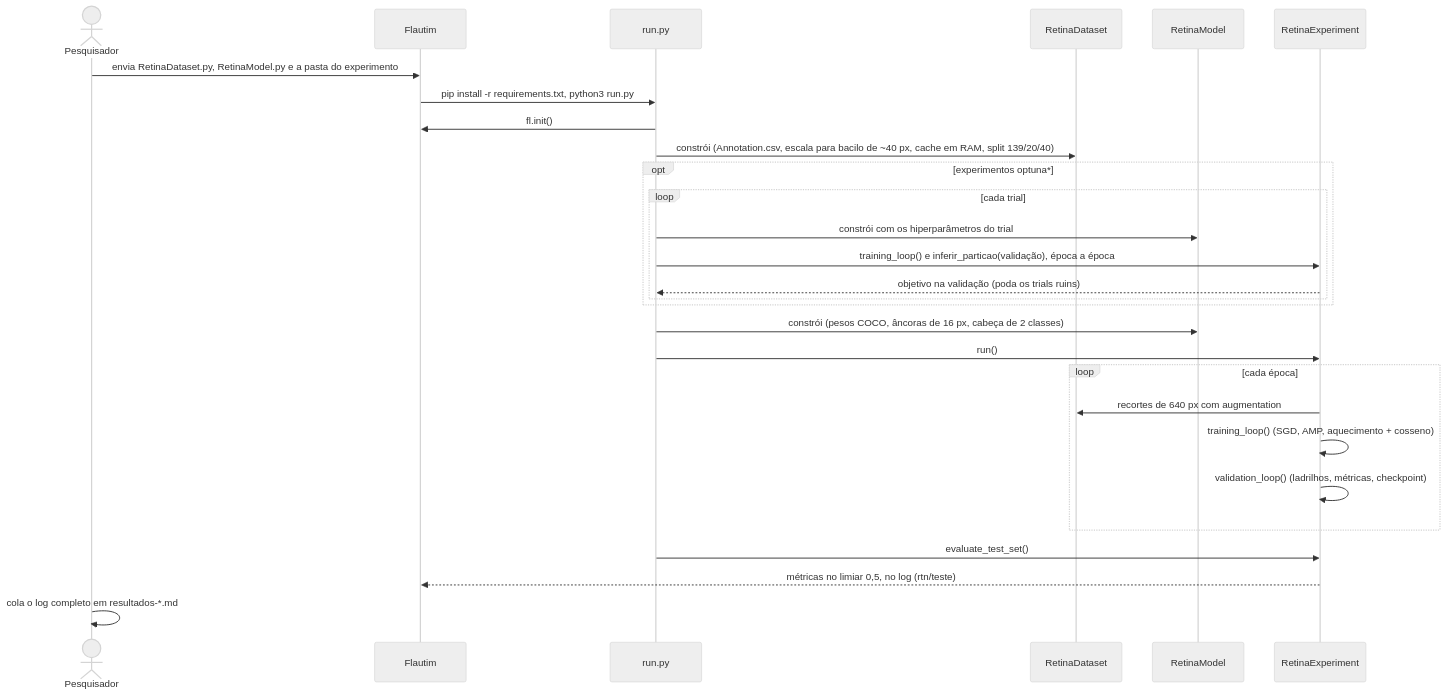
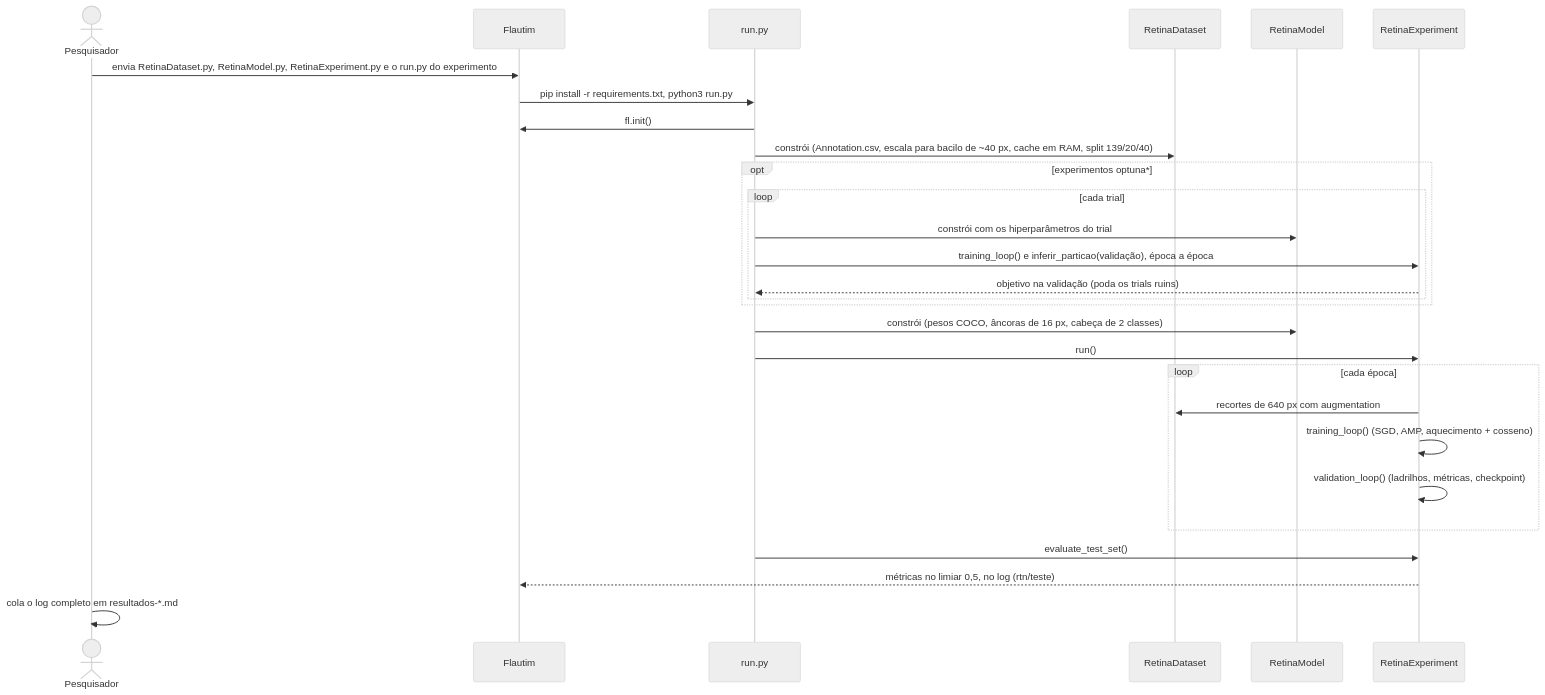
The second of 3 diagrams in README.md (bernardozschaber/retinanet), drawn with Mermaid (neutral theme) before and after one commit. The commit also changed other lines of this file, not shown here.

Commit message:
docs(retinanet): document the retinanet-experiment folder

````diff
--- a/README.md
+++ b/README.md
@@ -175,31 +176,31 @@
 ```mermaid
 sequenceDiagram
     actor Pesquisador
     participant Flautim
     participant Run as run.py
     participant Dataset as RetinaDataset
     participant Modelo as RetinaModel
     participant Exp as RetinaExperiment
 
-    Pesquisador->>Flautim: envia RetinaDataset.py, RetinaModel.py e a pasta do experimento
+    Pesquisador->>Flautim: envia RetinaDataset.py, RetinaModel.py, RetinaExperiment.py e o run.py do experimento
     Flautim->>Run: pip install -r requirements.txt, python3 run.py
     Run->>Flautim: fl.init()
     Run->>Dataset: constrói (Annotation.csv, escala para bacilo de ~40 px, cache em RAM, split 139/20/40)
     opt experimentos optuna*
         loop cada trial
             Run->>Modelo: constrói com os hiperparâmetros do trial
             Run->>Exp: training_loop() e inferir_particao(validação), época a época
             Exp-->>Run: objetivo na validação (poda os trials ruins)
         end
     end
     Run->>Modelo: constrói (pesos COCO, âncoras de 16 px, cabeça de 2 classes)
     Run->>Exp: run()
     loop cada época
         Exp->>Dataset: recortes de 640 px com augmentation
         Exp->>Exp: training_loop() (SGD, AMP, aquecimento + cosseno)
         Exp->>Exp: validation_loop() (ladrilhos, métricas, checkpoint)
     end
     Run->>Exp: evaluate_test_set()
     Exp-->>Flautim: métricas no limiar 0,5, no log (rtn/teste)
     Pesquisador->>Pesquisador: cola o log completo em resultados-*.md
 ```
````
